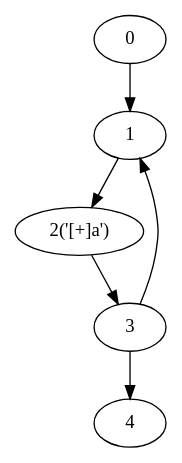
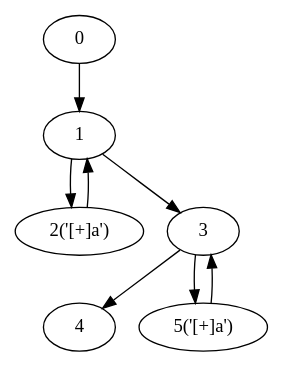
One commit to yyl-20020115/NRegEx changed the diagram in NRegex.Test/Graphs/TestMethod13.dot. Above: the diagram before and after it, drawn with Graphviz. The commit also changed 5 other files, not shown here.

```diff
--- a/NRegex.Test/Graphs/TestMethod13.dot
+++ b/NRegex.Test/Graphs/TestMethod13.dot
@@ -1,12 +1,21 @@
 digraph g {
+	0 ;
+	0 ;
+	0 ;
+	0 ;
+	0 ;
+	0 ;
 	0 ;
 	1 ;
 	2 [label="2('[+]a')"];
 	3 ;
 	4 ;
+	5 [label="5('[+]a')"];
 	0->1;
-	3->1;
+	2->1;
 	1->2;
-	2->3;
+	1->3;
+	5->3;
 	3->4;
+	3->5;
 }
```
